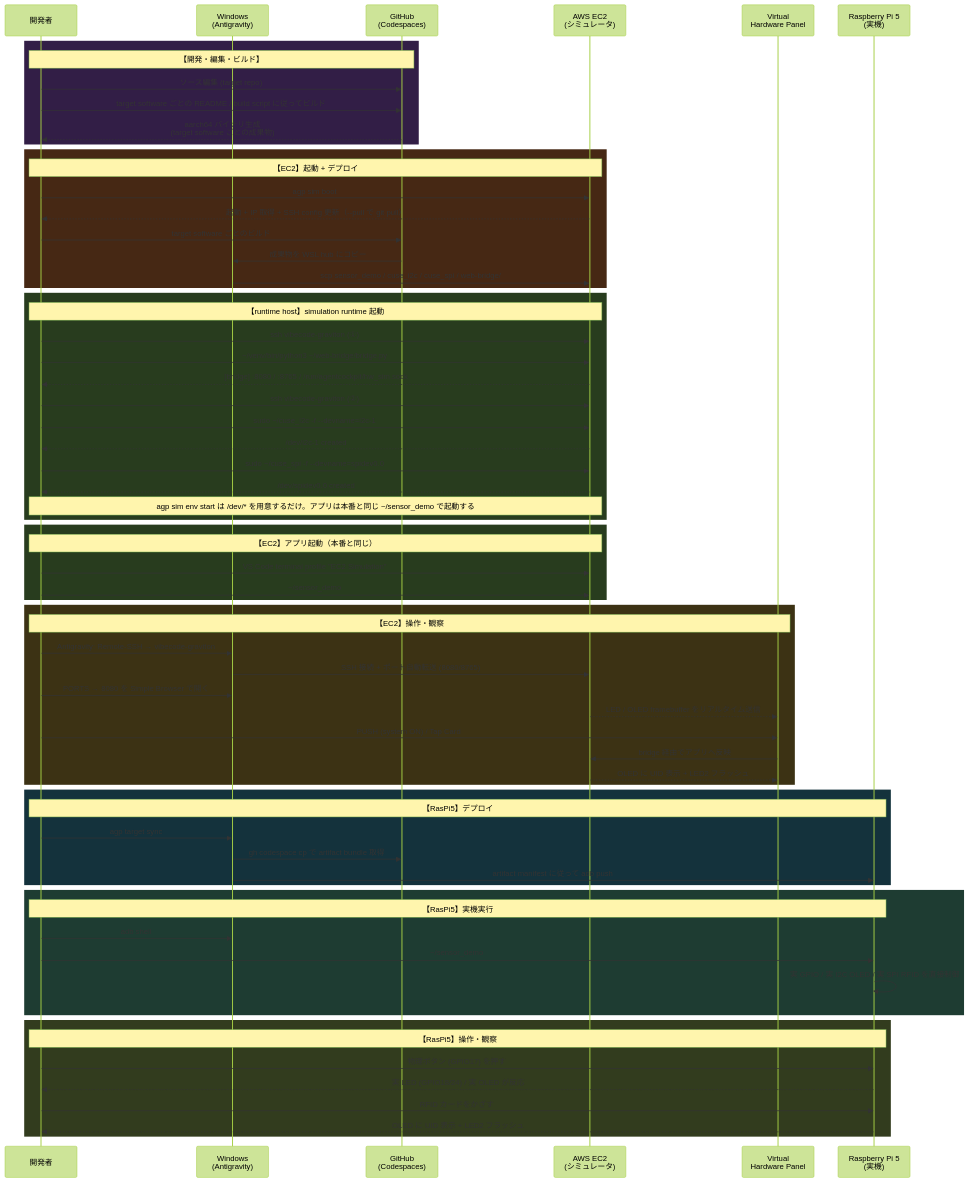
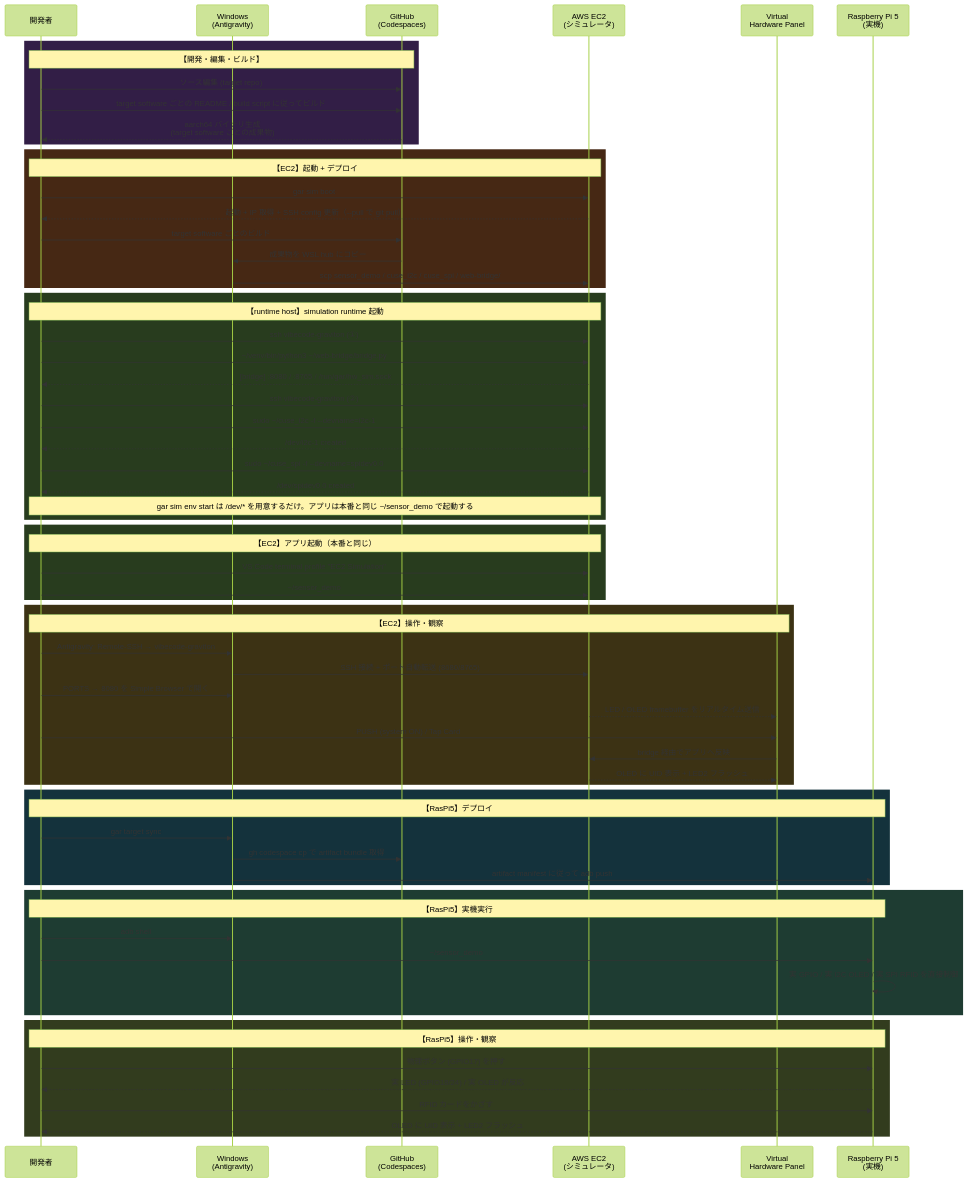
Before and after one commit to ThousandsOfTies/GaplessAgentRuntime: the diagram in docs/02_WORKFLOW.md, drawn with Mermaid (forest theme). The commit also changed other lines of this file and 281 other files, not shown here.

Commit message:
docs: reorganize outline-md, update deploy schema to app/sim_env, add rtk setup

````diff
--- a/docs/02_WORKFLOW.md
+++ b/docs/02_WORKFLOW.md
@@ -34,77 +34,77 @@
 ```mermaid
 sequenceDiagram
     participant Dev as 開発者
     participant Win as Windows<br/>(Antigravity)
     participant GH as GitHub<br/>(Codespaces)
     participant EC2 as AWS EC2<br/>(シミュレータ)
     participant Panel as Virtual<br/>Hardware Panel
     participant RPi as Raspberry Pi 5<br/>(実機)
 
     rect rgb(50, 30, 70)
         Note over Dev,GH: 【開発・編集・ビルド】
         Dev->>GH: ソース編集 (target repo)
         Dev->>GH: target software ごとの README / build script に従ってビルド
         GH-->>Dev: aarch64 バイナリ生成<br/>(target software ごとの成果物)
     end
 
     rect rgb(70, 40, 20)
         Note over Dev,EC2: 【EC2】起動 + デプロイ
-        Dev->>EC2: agp sim boot
+        Dev->>EC2: gar sim boot
         EC2-->>Dev: 起動 + IP 取得 + SSH config 更新（--pull で git pull）
         Dev->>GH: target software ごとのビルド
         GH->>Win: 成果物を WSL hub にコピー
         Win->>EC2: scp sensor_demo / cuse_i2c / cuse_spi / web-bridge/
     end
 
     rect rgb(40, 60, 30)
         Note over Dev,EC2: 【runtime host】simulation runtime 起動
         Dev->>EC2: ssh vibecode-graviton (①)
         Dev->>EC2: ~/venv/bin/python3 ~/web-bridge/bridge.py
-        EC2-->>Dev: [bridge] :8080 / :8765 / /run/agentcockpit/hw_sim.sock
+        EC2-->>Dev: [bridge] :8080 / :8765 / /run/gar/hw_sim.sock
         Dev->>EC2: ssh vibecode-graviton (②)
         Dev->>EC2: sudo ~/cuse_i2c -f --devname=i2c-1
         EC2-->>Dev: /dev/i2c-1 created
         Dev->>EC2: sudo ~/cuse_spi -f --devname=spidev0.0
         EC2-->>Dev: /dev/spidev0.0 created
-        Note over Dev,EC2: agp sim env start は /dev/* を用意するだけ。アプリは本番と同じ ~/sensor_demo で起動する
+        Note over Dev,EC2: gar sim env start は /dev/* を用意するだけ。アプリは本番と同じ ~/sensor_demo で起動する
     end
 
     rect rgb(40, 60, 30)
         Note over Dev,EC2: 【EC2】アプリ起動（本番と同じ）
         Dev->>EC2: VS Code terminal profile "EC2 Simulation"
         Dev->>EC2: ~/sensor_demo
     end
 
     rect rgb(60, 50, 20)
         Note over Dev,Panel: 【EC2】操作・観察
         Dev->>Win: Antigravity: Remote-SSH → vibecode-graviton
         Win->>EC2: SSH 接続 + ポート自動転送 (8080/8765)
         Dev->>Win: PORTS → 8080 を Simple Browser で開く
         EC2-->>Panel: LED / OLED framebuffer をリアルタイム送信
         Dev->>Panel: PUSH (system ON) / Tap Card
         Panel->>EC2: bridge 経由でアプリへ反映
         EC2-->>Panel: OLED に UID 表示 + LED2 フラッシュ
     end
 
     rect rgb(20, 50, 60)
         Note over Dev,RPi: 【RasPi5】デプロイ
-        Dev->>Win: agp target sync
+        Dev->>Win: gar target sync
         Win->>GH: gh codespace cp で artifact bundle 取得
         Win->>RPi: artifact manifest に従って adb push
     end
 
     rect rgb(30, 60, 50)
         Note over Dev,RPi: 【RasPi5】実機実行
         Dev->>Win: adb shell
         Dev->>RPi: ~/sensor_demo
         RPi->>RPi: 実 GPIO / 実 I2C OLED / 実 SPI RFID を直接制御
     end
 
     rect rgb(50, 60, 30)
         Note over Dev,RPi: 【RasPi5】操作・観察
         Dev->>RPi: 物理ボタン (GPIO17) を押す
         RPi-->>Dev: 実 LED (GPIO18/24) / 実 OLED が反応
         Dev->>RPi: RFID カードをかざす
         RPi-->>Dev: OLED に UID 表示 + LED2 フラッシュ
     end
 ```
````
